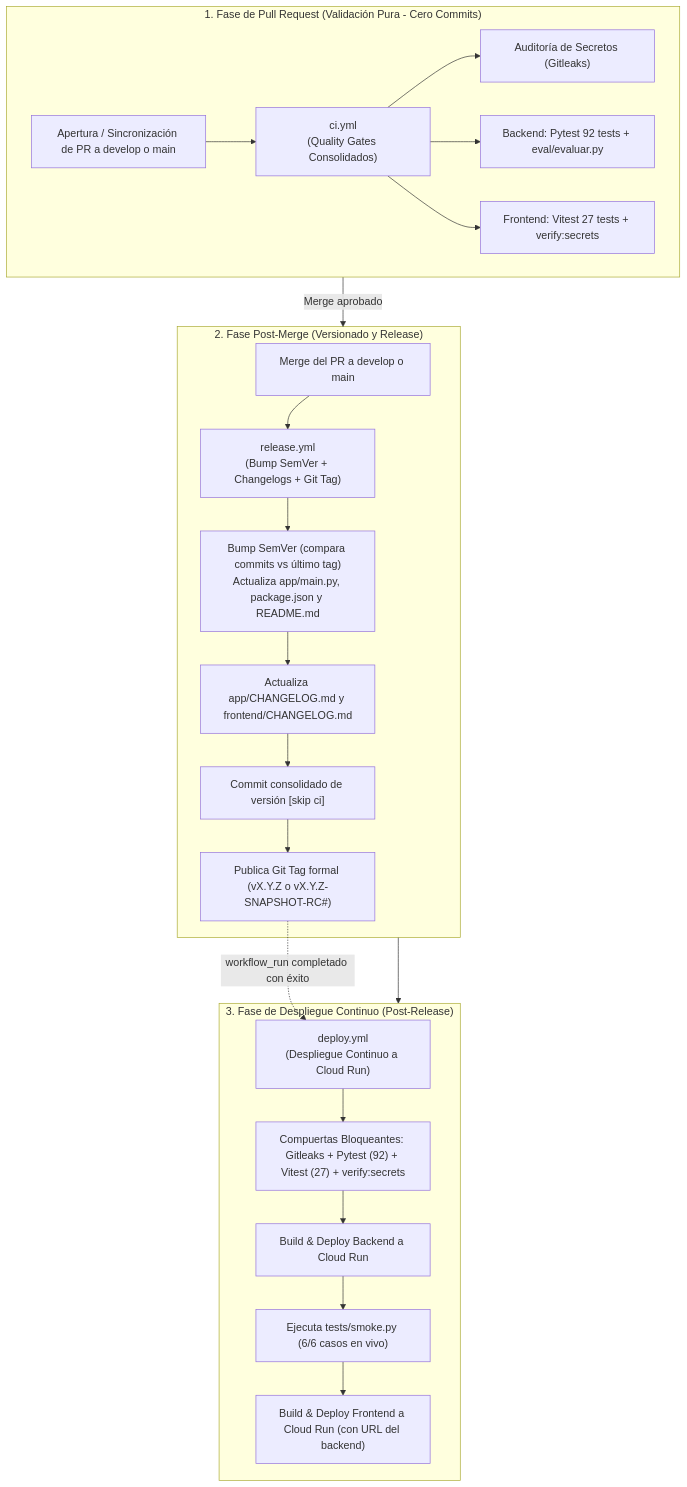
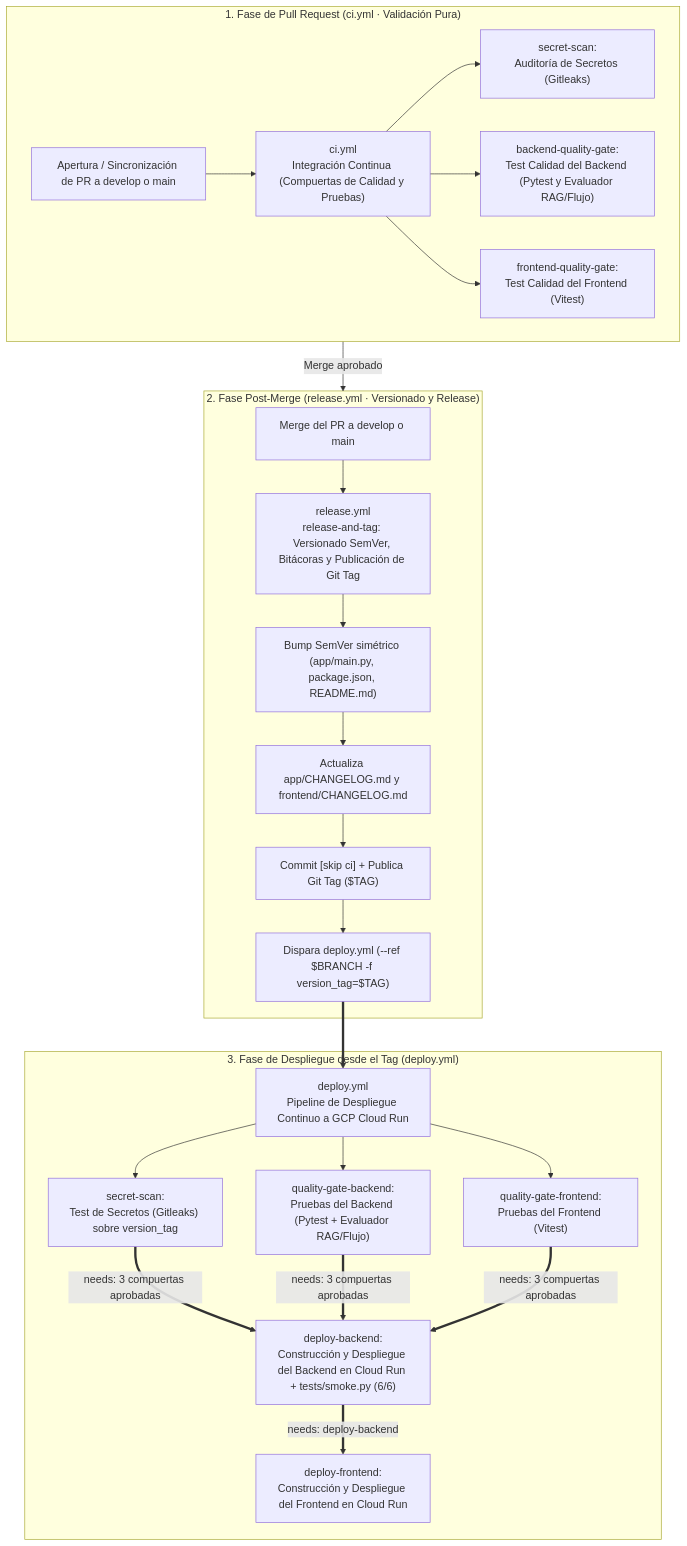
One commit to UNIPI6TO/PROY_GRADUACION_ASISTENTE_MEDICO_APP changed the diagram in .github/workflows/README.md. Above: the diagram before and after it, drawn with Mermaid. The commit also changed other lines of this file and 8 other files, not shown here.

First line of the commit message:
feat: (ci/cd) desplegar desde el tag publicado

````diff
--- a/.github/workflows/README.md
+++ b/.github/workflows/README.md
@@ -9,28 +9,28 @@
 ```mermaid
 flowchart TD
-    subgraph FASE1["1. Fase de Pull Request (Validación Pura - Cero Commits)"]
-        PR["Apertura / Sincronización de PR a develop o main"] --> CI["ci.yml<br/>(Quality Gates Consolidados)"]
-        CI --> GITLEAKS["Auditoría de Secretos (Gitleaks)"]
-        CI --> TEST_BE["Backend: Pytest 92 tests + eval/evaluar.py"]
-        CI --> TEST_FE["Frontend: Vitest 27 tests + verify:secrets"]
+    subgraph FASE1["1. Fase de Pull Request (ci.yml · Validación Pura)"]
+        PR["Apertura / Sincronización de PR a develop o main"] --> CI["ci.yml<br/>Integración Continua (Compuertas de Calidad y Pruebas)"]
+        CI --> CI_SEC["secret-scan:<br/>Auditoría de Secretos (Gitleaks)"]
+        CI --> CI_BE["backend-quality-gate:<br/>Test Calidad del Backend (Pytest y Evaluador RAG/Flujo)"]
+        CI --> CI_FE["frontend-quality-gate:<br/>Test Calidad del Frontend (Vitest)"]
     end
 
-    subgraph FASE2["2. Fase Post-Merge (Versionado y Release)"]
-        MERGE["Merge del PR a develop o main"] --> RELEASE["release.yml<br/>(Bump SemVer + Changelogs + Git Tag)"]
-        RELEASE --> BUMP["Bump SemVer (compara commits vs último tag)<br/>Actualiza app/main.py, package.json y README.md"]
+    subgraph FASE2["2. Fase Post-Merge (release.yml · Versionado y Release)"]
+        MERGE["Merge del PR a develop o main"] --> RELEASE["release.yml<br/>release-and-tag: Versionado SemVer, Bitácoras y Publicación de Git Tag"]
+        RELEASE --> BUMP["Bump SemVer simétrico (app/main.py, package.json, README.md)"]
         BUMP --> CHLOG["Actualiza app/CHANGELOG.md y frontend/CHANGELOG.md"]
-        CHLOG --> COMMIT["Commit consolidado de versión [skip ci]"]
-        COMMIT --> TAG["Publica Git Tag formal (vX.Y.Z o vX.Y.Z-SNAPSHOT-RC#)"]
+        CHLOG --> TAG["Commit [skip ci] + Publica Git Tag ($TAG)"]
+        TAG --> DISPATCH["Dispara deploy.yml (--ref $BRANCH -f version_tag=$TAG)"]
     end
 
-    subgraph FASE3["3. Fase de Despliegue Continuo (Post-Release)"]
-        TAG -.->|workflow_run completado con éxito| DEPLOY["deploy.yml<br/>(Despliegue Continuo a Cloud Run)"]
-        DEPLOY --> QGATE["Compuertas Bloqueantes: Gitleaks + Pytest (92) + Vitest (27) + verify:secrets"]
-        QGATE --> BE_DEPLOY["Build & Deploy Backend a Cloud Run"]
-        BE_DEPLOY --> SMOKE["Ejecuta tests/smoke.py (6/6 casos en vivo)"]
-        SMOKE --> FE_DEPLOY["Build & Deploy Frontend a Cloud Run (con URL del backend)"]
+    subgraph FASE3["3. Fase de Despliegue desde el Tag (deploy.yml)"]
+        DISPATCH ==> DEPLOY["deploy.yml<br/>Pipeline de Despliegue Continuo a GCP Cloud Run"]
+        DEPLOY --> DEP_SEC["secret-scan:<br/>Test de Secretos (Gitleaks) sobre version_tag"]
+        DEPLOY --> DEP_BE["quality-gate-backend:<br/>Pruebas del Backend (Pytest + Evaluador RAG/Flujo)"]
+        DEPLOY --> DEP_FE["quality-gate-frontend:<br/>Pruebas del Frontend (Vitest)"]
+        DEP_SEC & DEP_BE & DEP_FE ==>|needs: 3 compuertas aprobadas| BE_DEPLOY["deploy-backend:<br/>Construcción y Despliegue del Backend en Cloud Run + tests/smoke.py (6/6)"]
+        BE_DEPLOY ==>|needs: deploy-backend| FE_DEPLOY["deploy-frontend:<br/>Construcción y Despliegue del Frontend en Cloud Run"]
     end
 
     FASE1 -->|Merge aprobado| FASE2
-    FASE2 --> FASE3
 ```
````
